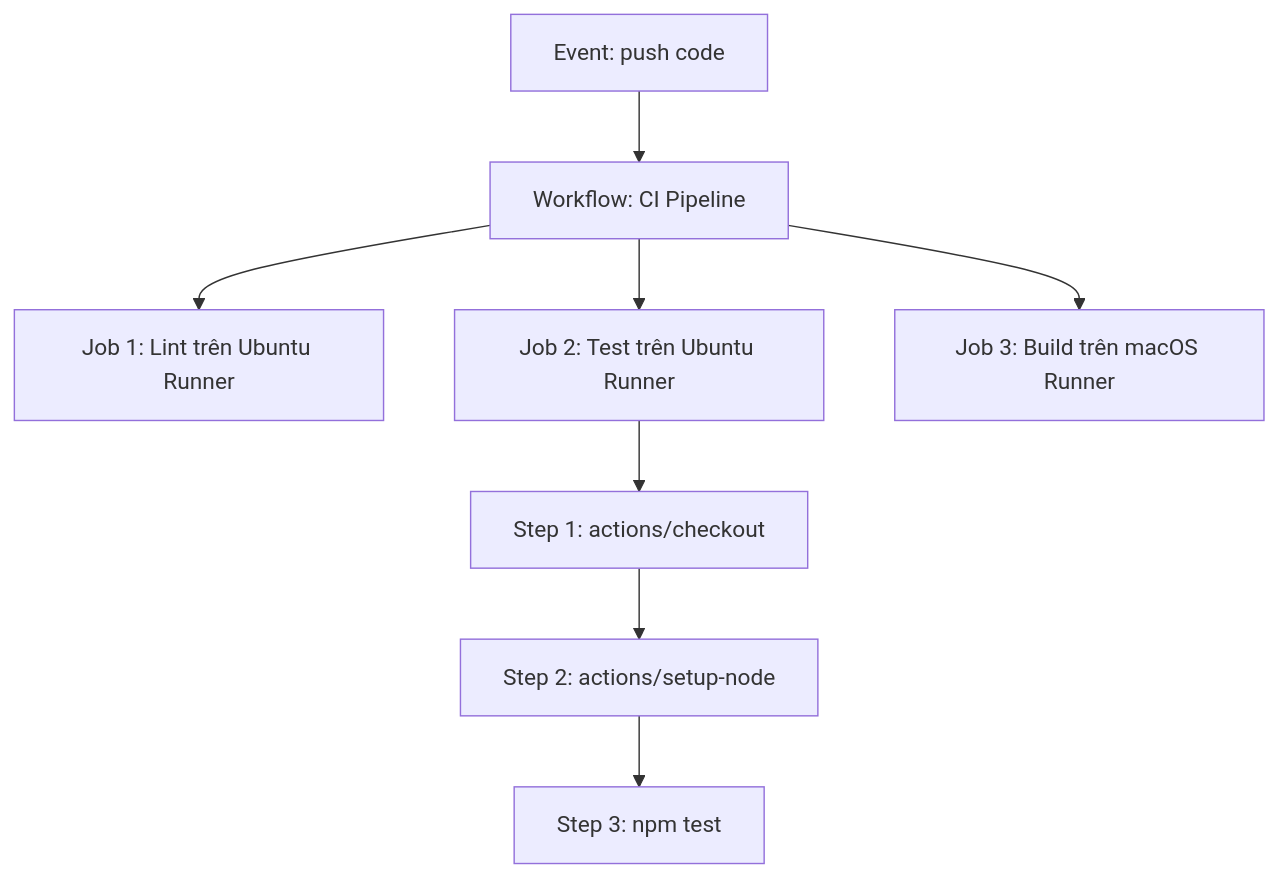
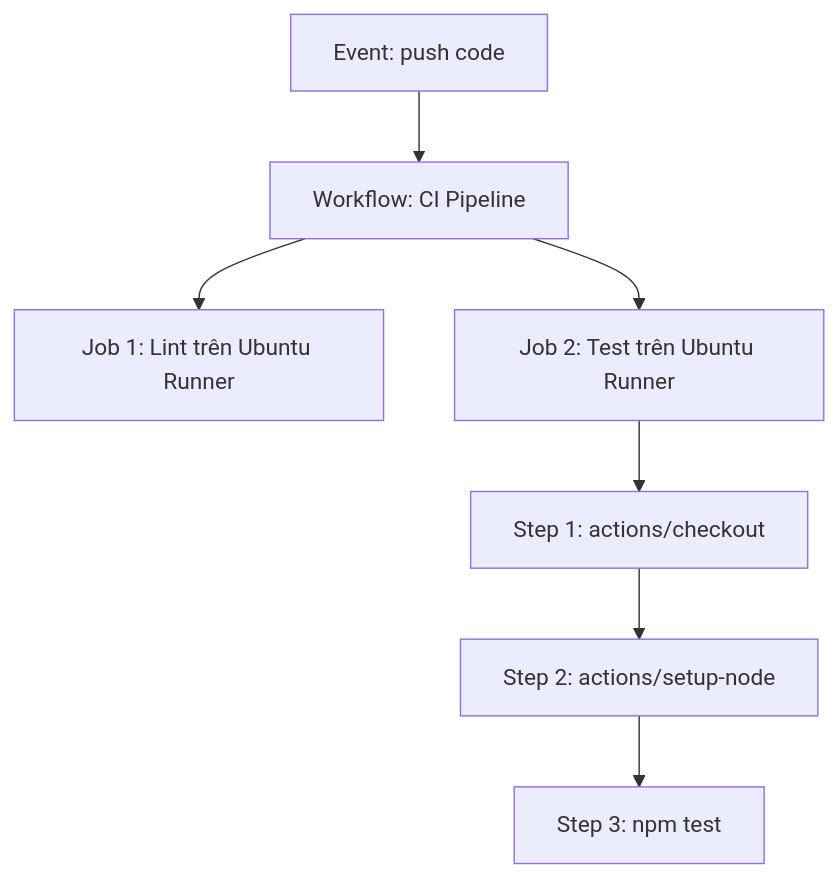
The diagram in courses/07-github-actions/03-workflow-architecture/lesson.md (maitamdev/Git), drawn with Mermaid before and after one commit. The commit also changed other lines of this file and 478 other files, not shown here.

````diff
--- a/courses/07-github-actions/03-workflow-architecture/lesson.md
+++ b/courses/07-github-actions/03-workflow-architecture/lesson.md
@@ -34,10 +34,9 @@
 ```mermaid
 flowchart TD
     Event[Event: push code] --> Workflow[Workflow: CI Pipeline]
     Workflow --> Job1[Job 1: Lint trên Ubuntu Runner]
     Workflow --> Job2[Job 2: Test trên Ubuntu Runner]
-    Workflow --> Job3[Job 3: Build trên macOS Runner]
     Job2 --> Step1[Step 1: actions/checkout]
     Step1 --> Step2[Step 2: actions/setup-node]
     Step2 --> Step3[Step 3: npm test]
 ```
````
